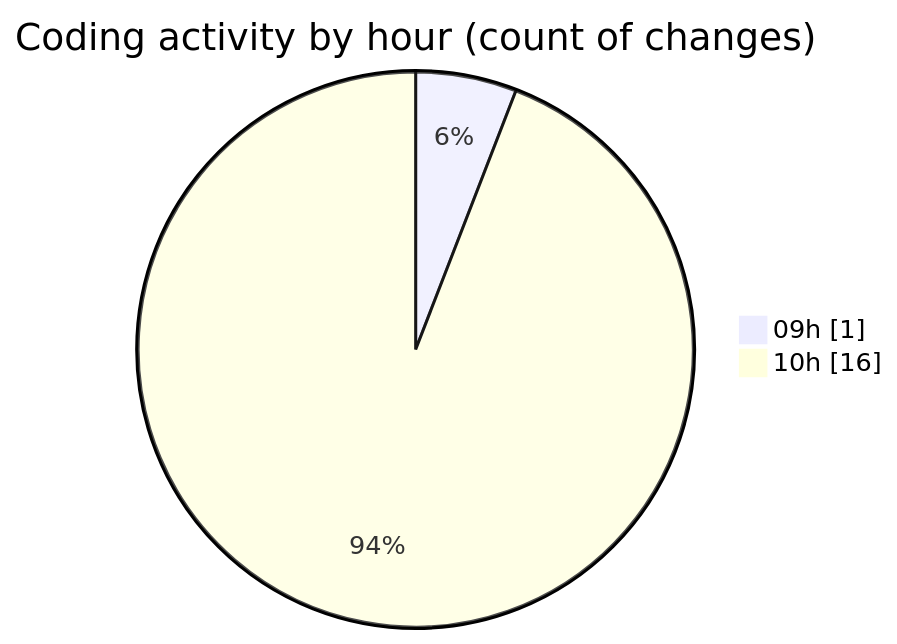
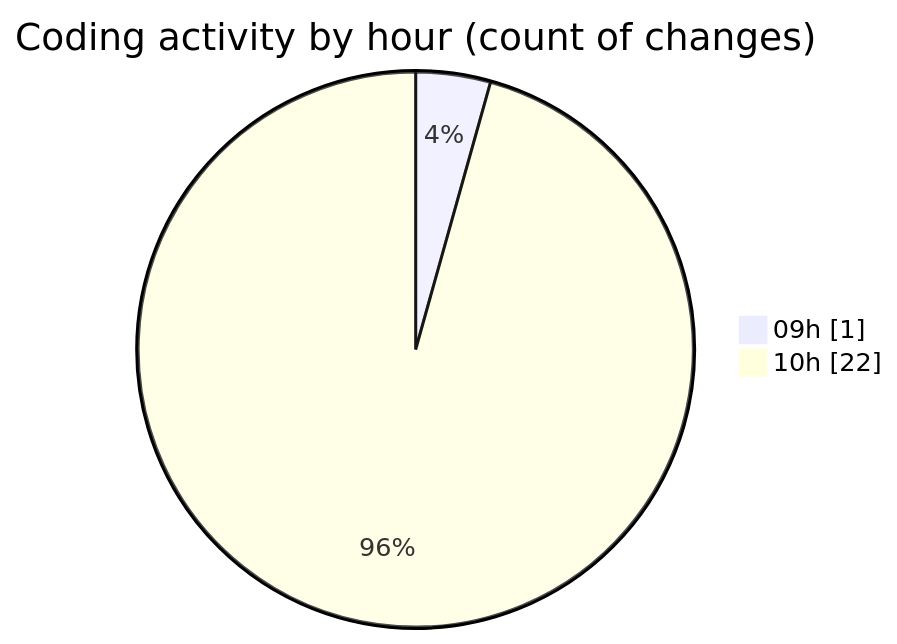
Before and after one commit to LanceThiago/code-tracking: the second of 2 diagrams in 2026-08-25/jogo/README.md, drawn with Mermaid. The commit also changed other lines of this file and 1 other file, not shown here.

````diff
--- a/2026-08-25/jogo/README.md
+++ b/2026-08-25/jogo/README.md
@@ -29,6 +29,6 @@
 ```mermaid
 pie showData
 title Coding activity by hour (count of changes)
 "09h" : 1
-"10h" : 16
+"10h" : 22
 ```
````
